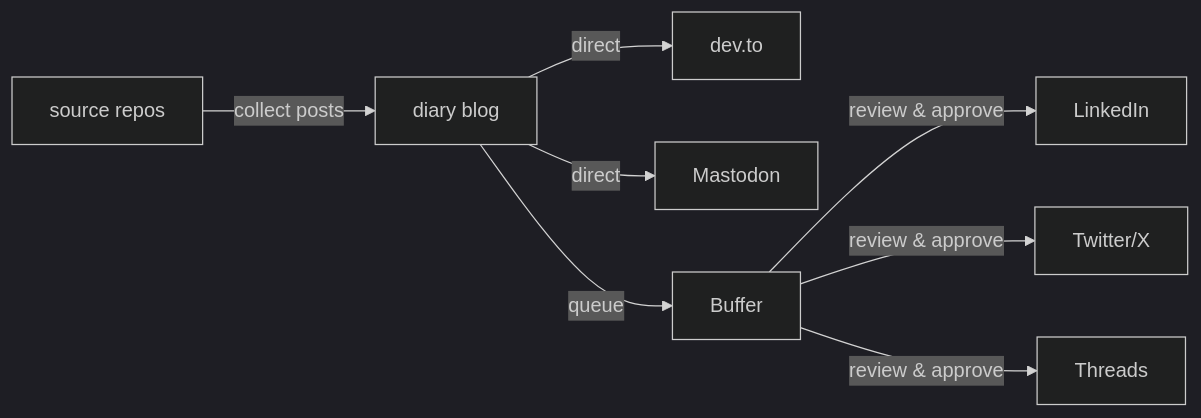
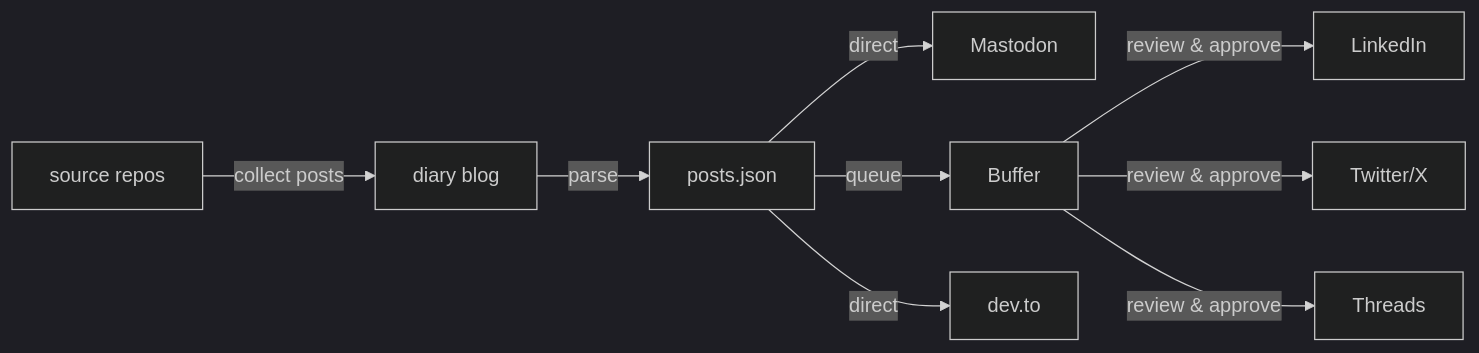
One commit to bilardi/diary changed the diagram in img/flowchart.1.mermaid. Above: the diagram before and after it, drawn with Mermaid (dark theme). The commit also changed 3 other files, not shown here.

Commit message:
docs: align img diagrams to github-actions-publish flow (posts.json, dry_run)

```diff
--- a/img/flowchart.1.mermaid
+++ b/img/flowchart.1.mermaid
@@ -1,8 +1,9 @@
 flowchart LR
-    A[source repos] -->|collect posts| B[diary blog]
-    B -->|direct| D[dev.to]
+    S[source repos] -->|collect posts| A[diary blog]
+    A -->|parse| B[posts.json]
     B -->|direct| C[Mastodon]
     B -->|queue| E[Buffer]
+    B -->|direct| D[dev.to]
     E -->|review & approve| F[LinkedIn]
     E -->|review & approve| G[Twitter/X]
     E -->|review & approve| H[Threads]
```
